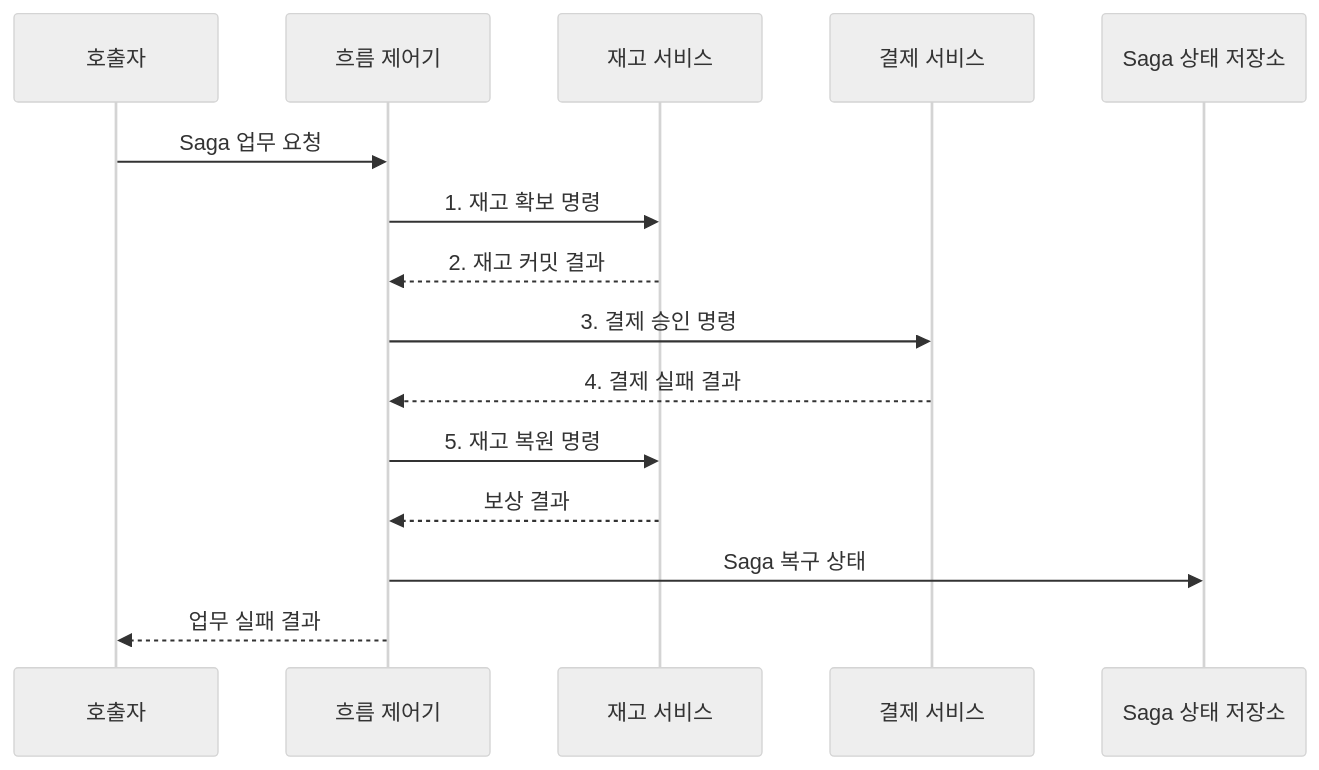
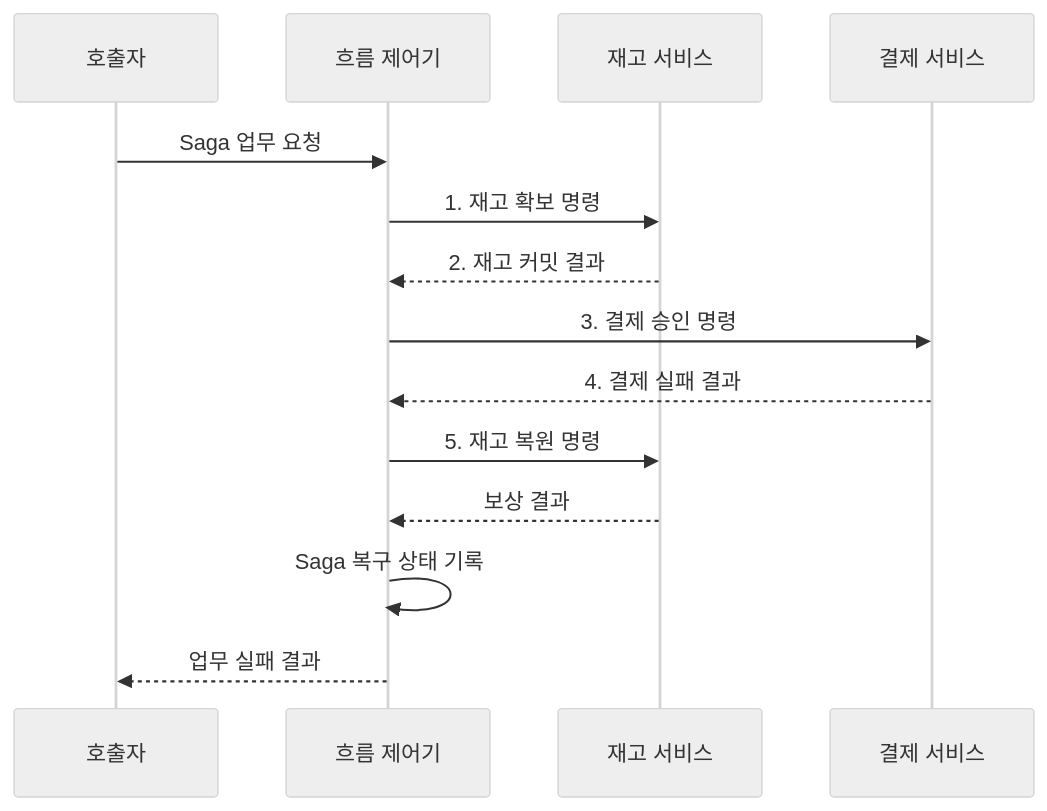
One commit to agnusdei1207/knowledge-base changed the second of 2 diagrams in src/content/docs/notes/03-software/044_saga_pattern.md. Above: the diagram before and after it, drawn with Mermaid (neutral theme). The commit also changed 7 other files, not shown here.

Commit message:
Reduce software delivery diagram actors

````diff
--- a/src/content/docs/notes/03-software/044_saga_pattern.md
+++ b/src/content/docs/notes/03-software/044_saga_pattern.md
@@ -100,17 +100,16 @@
 ```mermaid
 sequenceDiagram
     participant C as 호출자
     participant F as 흐름 제어기
     participant I as 재고 서비스
     participant P as 결제 서비스
-    participant S as Saga 상태 저장소
     C->>F: Saga 업무 요청
     F->>I: 1. 재고 확보 명령
     I-->>F: 2. 재고 커밋 결과
     F->>P: 3. 결제 승인 명령
     P-->>F: 4. 결제 실패 결과
     F->>I: 5. 재고 복원 명령
     I-->>F: 보상 결과
-    F->>S: Saga 복구 상태
+    F->>F: Saga 복구 상태 기록
     F-->>C: 업무 실패 결과
 ```
````
